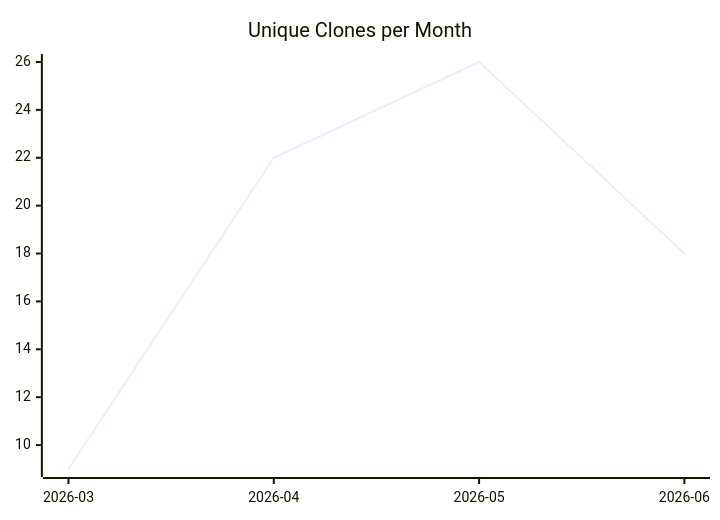
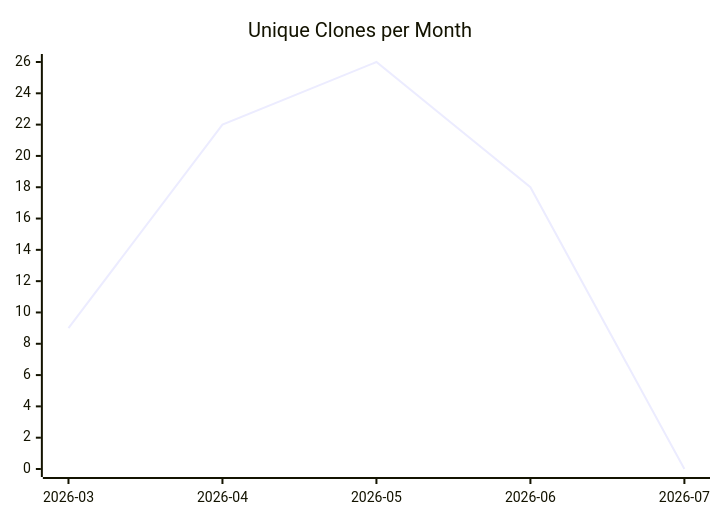
The third of 3 diagrams in karlmdavis/lego-ev3dev-rs/README.md (justdavis-family/github-analytics-data), drawn with Mermaid before and after one commit. The commit also changed other lines of this file and 199 other files, not shown here.

````diff
--- a/karlmdavis/lego-ev3dev-rs/README.md
+++ b/karlmdavis/lego-ev3dev-rs/README.md
@@ -19,6 +19,6 @@
 ```mermaid
 xychart-beta
   title "Unique Clones per Month"
-  x-axis ["2026-03", "2026-04", "2026-05", "2026-06"]
-  line [9, 22, 26, 18]
+  x-axis ["2026-03", "2026-04", "2026-05", "2026-06", "2026-07"]
+  line [9, 22, 26, 18, 0]
 ```
````
